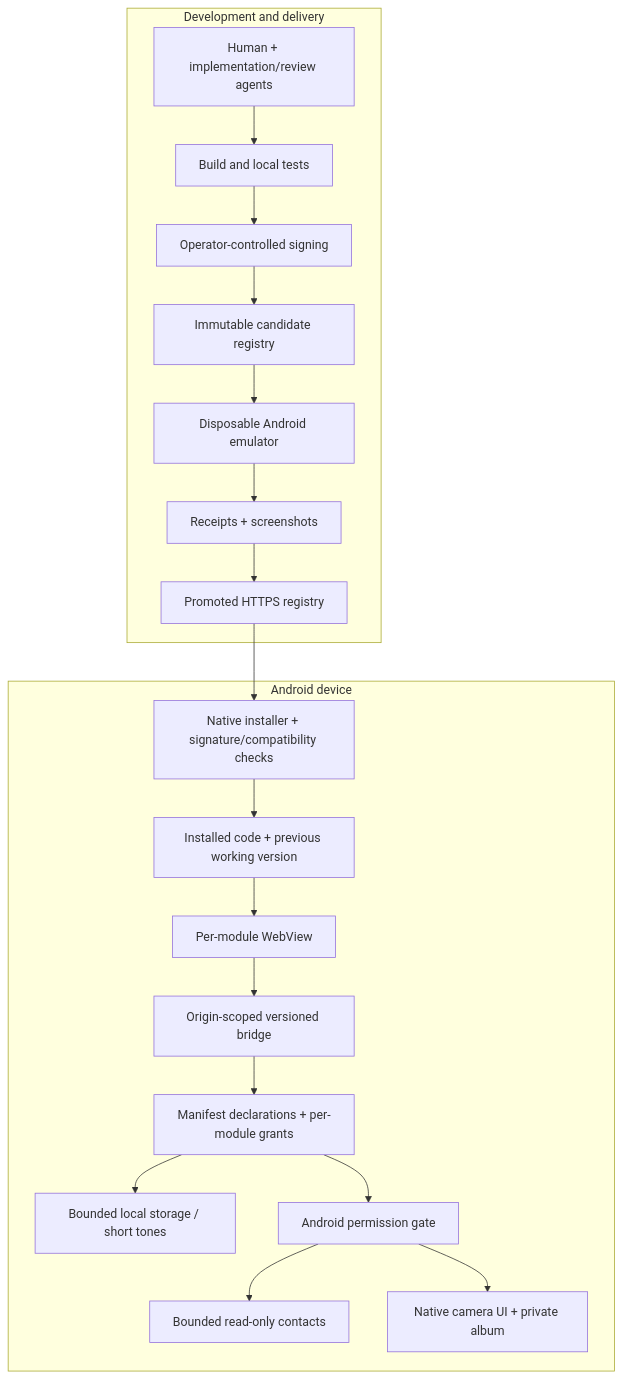
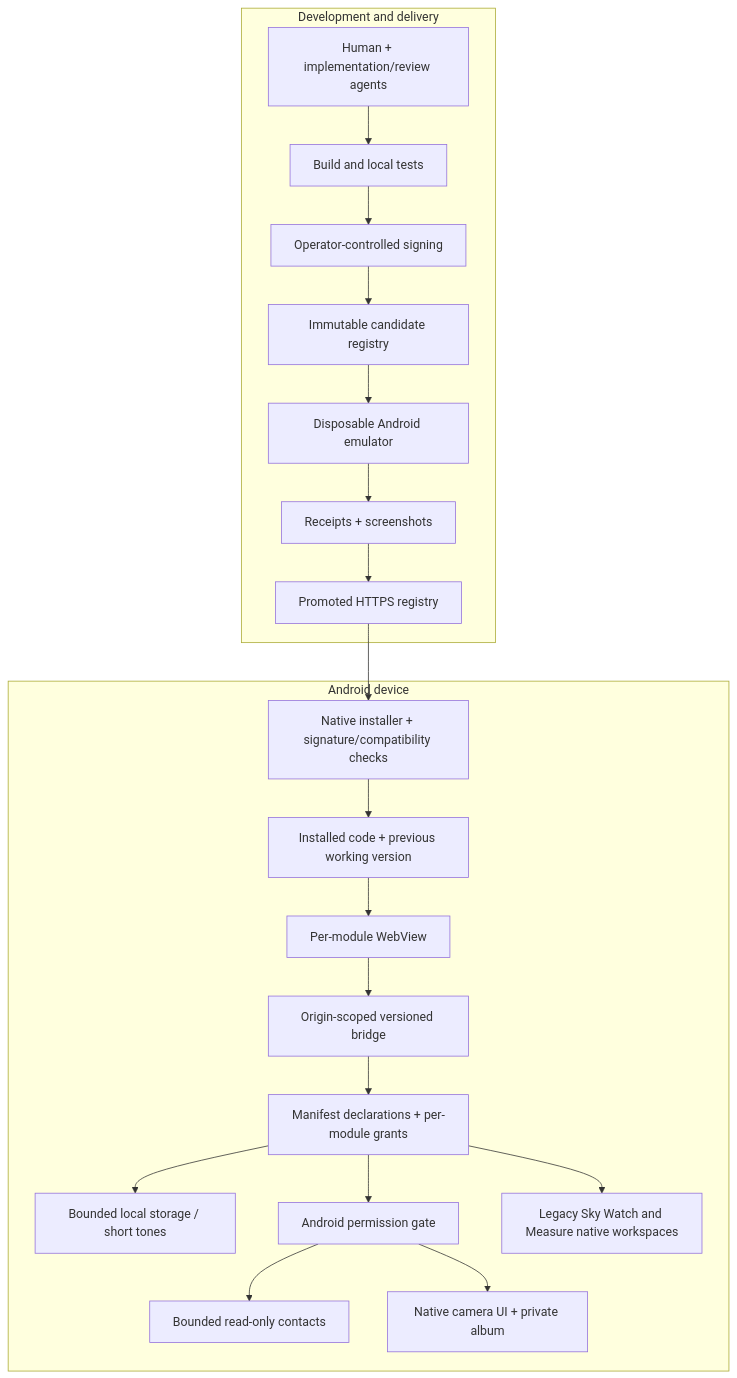
The diagram in docs/architecture.md (blueworkslabs/construct), drawn with Mermaid before and after one commit. The commit also changed other lines of this file and 6 other files, not shown here.

````diff
--- a/docs/architecture.md
+++ b/docs/architecture.md
@@ -6,22 +11,23 @@
 ```mermaid
 flowchart TB
     subgraph Development[Development and delivery]
         Workshop[Human + implementation/review agents] --> Build[Build and local tests]
         Build --> Signer[Operator-controlled signing]
         Signer --> Candidate[Immutable candidate registry]
         Candidate --> Runner[Disposable Android emulator]
         Runner --> Evidence[Receipts + screenshots]
         Evidence --> Registry[Promoted HTTPS registry]
     end
     subgraph Phone[Android device]
         Registry --> Installer[Native installer + signature/compatibility checks]
         Installer --> Store[Installed code + previous working version]
         Store --> WebView[Per-module WebView]
         WebView --> Bridge[Origin-scoped versioned bridge]
         Bridge --> Grants[Manifest declarations + per-module grants]
         Grants --> Local[Bounded local storage / short tones]
         Grants --> AndroidGate[Android permission gate]
         AndroidGate --> Contacts[Bounded read-only contacts]
         AndroidGate --> Camera[Native camera UI + private album]
+        Grants --> Legacy[Legacy Sky Watch and Measure native workspaces]
     end
 ```
````
